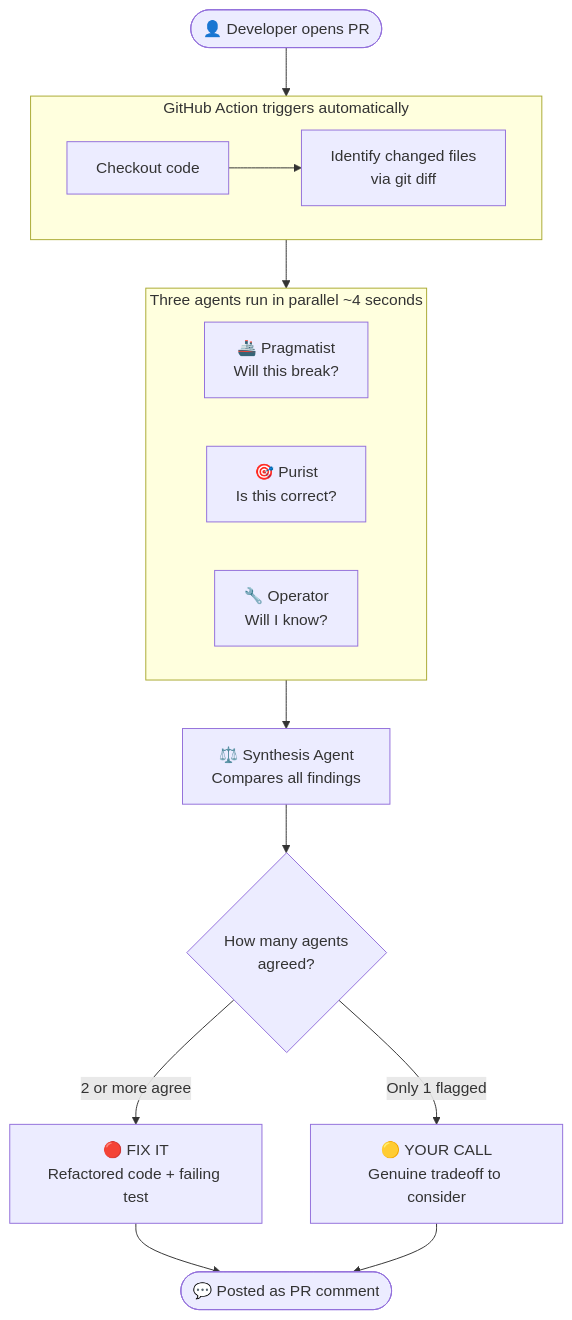
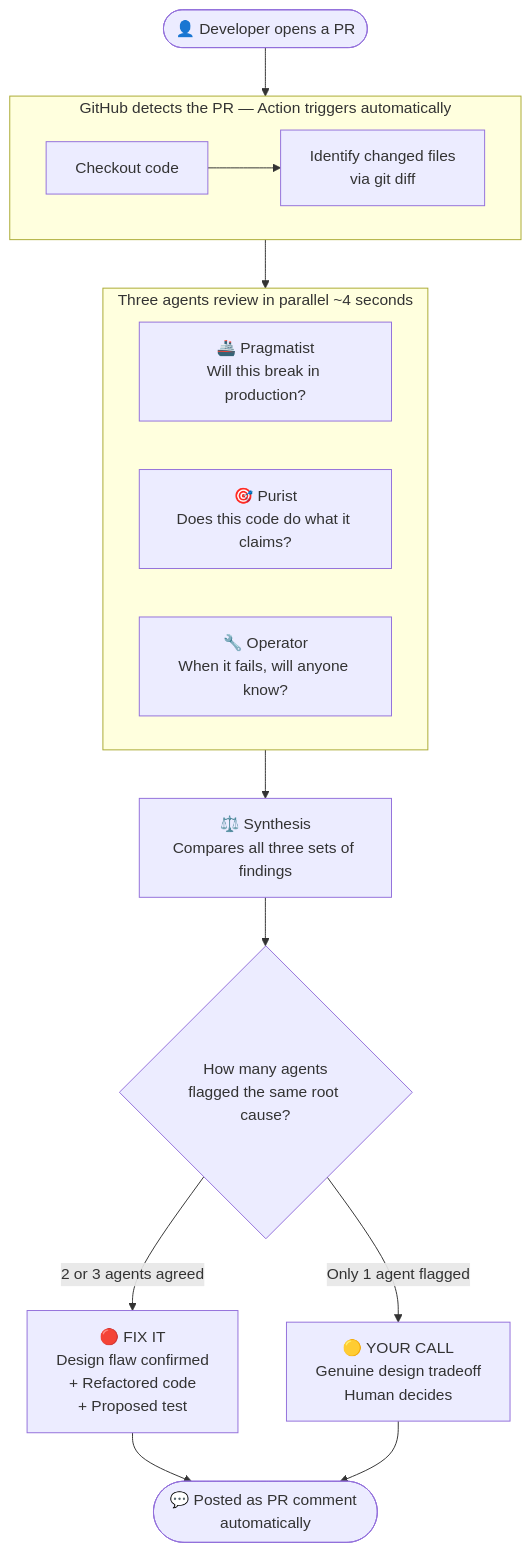
Before and after one commit to suboss87/CodeQuorum: the diagram in README.md, drawn with Mermaid. The commit also changed other lines of this file and 6 other files, not shown here.

````diff
--- a/README.md
+++ b/README.md
@@ -166,28 +25,28 @@
 ```mermaid
 flowchart TD
-    A([👤 Developer opens PR]) --> B
+    A([👤 Developer opens a PR]) --> B
 
-    subgraph B ["GitHub Action triggers automatically"]
+    subgraph B ["GitHub detects the PR — Action triggers automatically"]
         direction LR
         B1[Checkout code] --> B2[Identify changed files\nvia git diff]
     end
 
     B --> C
 
-    subgraph C ["Three agents run in parallel  ~4 seconds "]
+    subgraph C ["Three agents review in parallel  ~4 seconds "]
         direction LR
-        P["🚢 Pragmatist\nWill this break?"]
-        U["🎯 Purist\nIs this correct?"]
-        O["🔧 Operator\nWill I know?"]
+        P["🚢 Pragmatist\nWill this break in production?"]
+        U["🎯 Purist\nDoes this code do what it claims?"]
+        O["🔧 Operator\nWhen it fails, will anyone know?"]
     end
 
-    C --> D["⚖️ Synthesis Agent\nCompares all findings"]
+    C --> D["⚖️ Synthesis\nCompares all three sets of findings"]
 
-    D --> E{How many agents\nagreed?}
+    D --> E{How many agents\nflagged the same root cause?}
 
-    E -->|2 or more agree| F["🔴 FIX IT\nRefactored code + failing test"]
-    E -->|Only 1 flagged| G["🟡 YOUR CALL\nGenuine tradeoff to consider"]
+    E -->|2 or 3 agents agreed| F["🔴 FIX IT\nDesign flaw confirmed\n+ Refactored code\n+ Proposed test"]
+    E -->|Only 1 agent flagged| G["🟡 YOUR CALL\nGenuine design tradeoff\nHuman decides"]
 
-    F --> H([💬 Posted as PR comment])
+    F --> H([💬 Posted as PR comment automatically])
     G --> H
 ```
````
